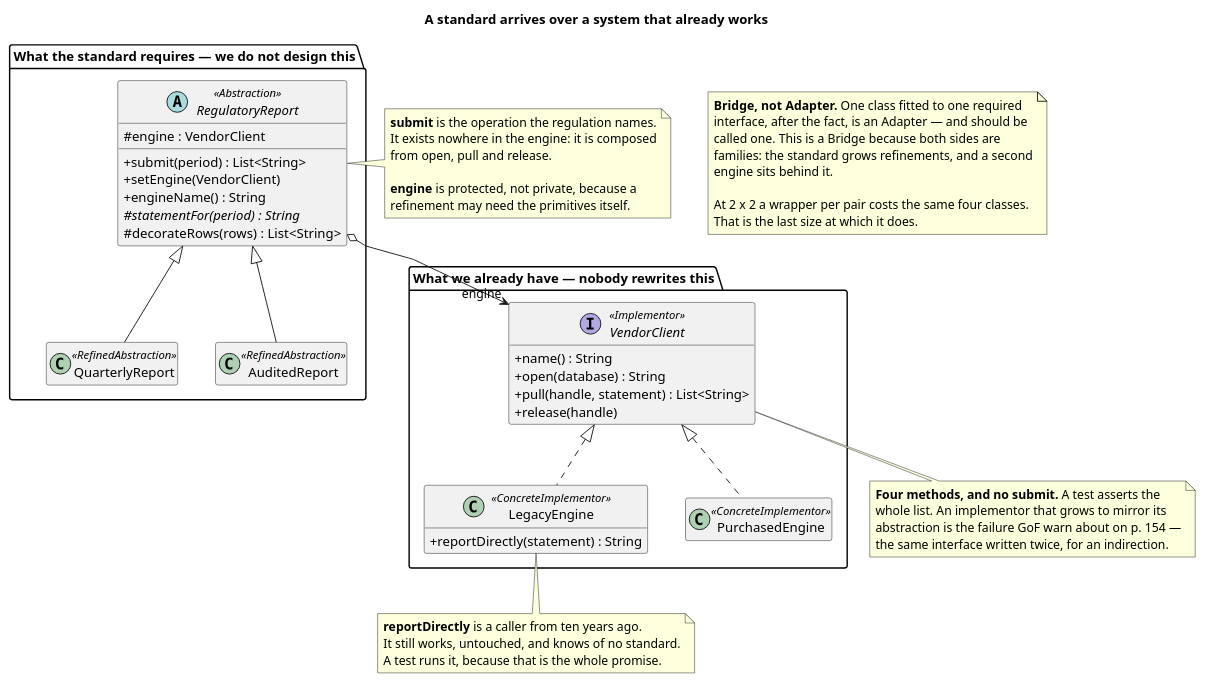
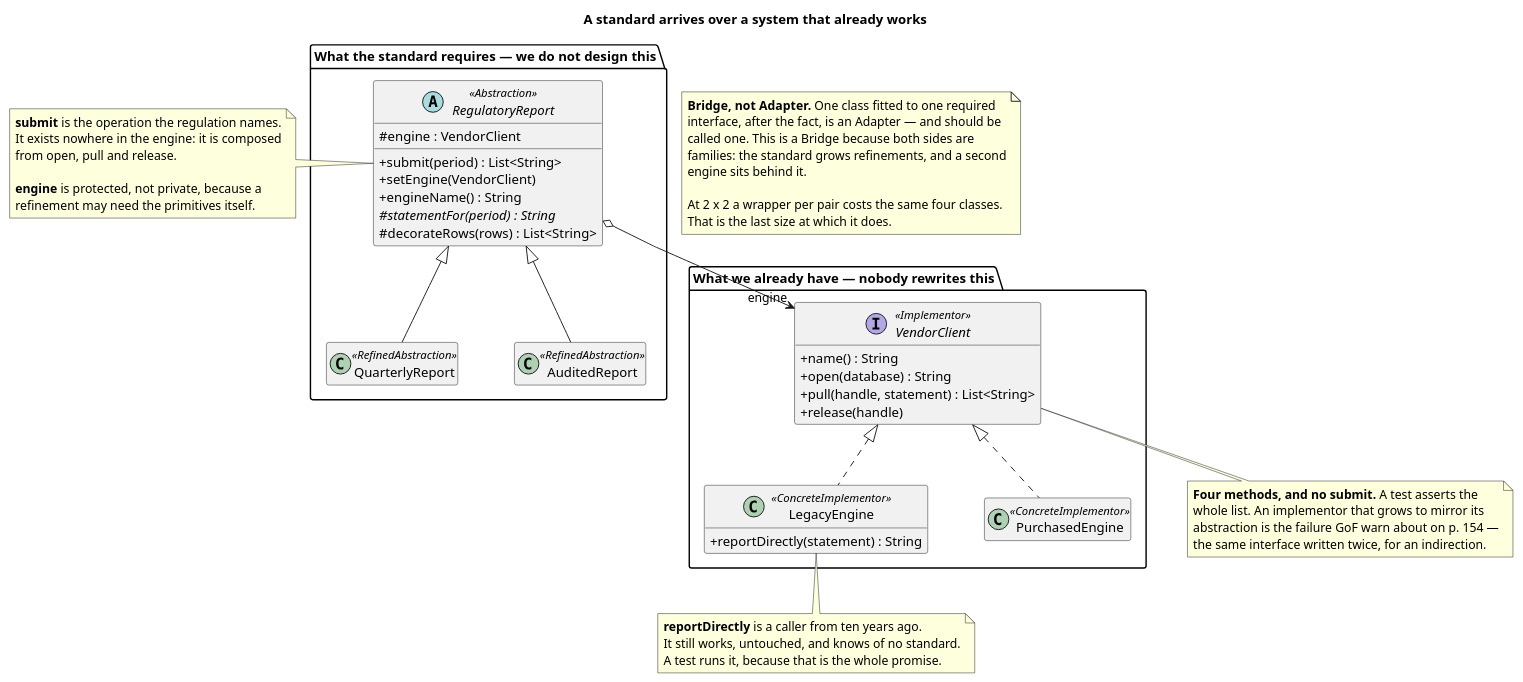
The diagram in src/main/java/dev/kaldiroglu/dp/structural/bridge/retrofit/uml/Bridge - Retrofit - Class Diagram.puml (kaldiroglu/DesignPatternsWithJava), drawn with PlantUML before and after one commit. The commit also changed 54 other files, not shown here.

Commit message:
Diagrams: the last is-a families follow the layout rule; redrawn PNGs have a white background

```diff
--- a/src/main/java/dev/kaldiroglu/dp/structural/bridge/retrofit/uml/Bridge - Retrofit - Class Diagram.puml
+++ b/src/main/java/dev/kaldiroglu/dp/structural/bridge/retrofit/uml/Bridge - Retrofit - Class Diagram.puml
@@ -1,83 +1,80 @@
 @startuml "Bridge - Retrofit - Class Diagram"
-skinparam nodesep 40
+skinparam nodesep 60
 skinparam class {
   BackgroundColor<<spacer>> transparent
   BorderColor<<spacer>> transparent
   FontColor<<spacer>> transparent
 }
 hide <<spacer>> stereotype
 hide <<spacer>> circle
 skinparam linetype polyline
 skinparam classAttributeIconSize 0
 hide empty members
 title A standard arrives over a system that already works
 
 package "What the standard requires — we do not design this" {
   abstract class RegulatoryReport <<Abstraction>> {
     # engine : VendorClient
     + submit(period) : List<String>
     + setEngine(VendorClient)
     + engineName() : String
     # {abstract} statementFor(period) : String
     # decorateRows(rows) : List<String>
   }
   class QuarterlyReport <<RefinedAbstraction>>
   class AuditedReport <<RefinedAbstraction>>
   RegulatoryReport <|-- QuarterlyReport
   RegulatoryReport <|-- AuditedReport
 }
 
 package "What we already have — nobody rewrites this" {
   interface VendorClient <<Implementor>> {
     + name() : String
     + open(database) : String
     + pull(handle, statement) : List<String>
     + release(handle)
   }
   class LegacyEngine <<ConcreteImplementor>> {
     + reportDirectly(statement) : String
   }
   class PurchasedEngine <<ConcreteImplementor>>
   VendorClient <|.. LegacyEngine
   VendorClient <|.. PurchasedEngine
 }
 
 
-note right of RegulatoryReport
+note left of RegulatoryReport
   <b>submit</b> is the operation the regulation names.
   It exists nowhere in the engine: it is composed
   from open, pull and release.
 
   <b>engine</b> is protected, not private, because a
   refinement may need the primitives itself.
 end note
 
 note bottom of VendorClient
   <b>Four methods, and no submit.</b> A test asserts the
   whole list. An implementor that grows to mirror its
   abstraction is the failure GoF warn about on p. 154 —
   the same interface written twice, for an indirection.
 end note
 
 note bottom of LegacyEngine
   <b>reportDirectly</b> is a caller from ten years ago.
   It still works, untouched, and knows of no standard.
   A test runs it, because that is the whole promise.
 end note
 
 note as N1
   <b>Bridge, not Adapter.</b> One class fitted to one required
   interface, after the fact, is an Adapter — and should be
   called one. This is a Bridge because both sides are
   families: the standard grows refinements, and a second
   engine sits behind it.
 
   At 2 x 2 a wrapper per pair costs the same four classes.
   That is the last size at which it does.
 end note
 RegulatoryReport o--> "engine" VendorClient
-class " " as Spacer51 <<spacer>>
-RegulatoryReport -[hidden]- Spacer51
-QuarterlyReport -[hidden]right- Spacer51
-Spacer51 -[hidden]right- AuditedReport
+
 @enduml
```
